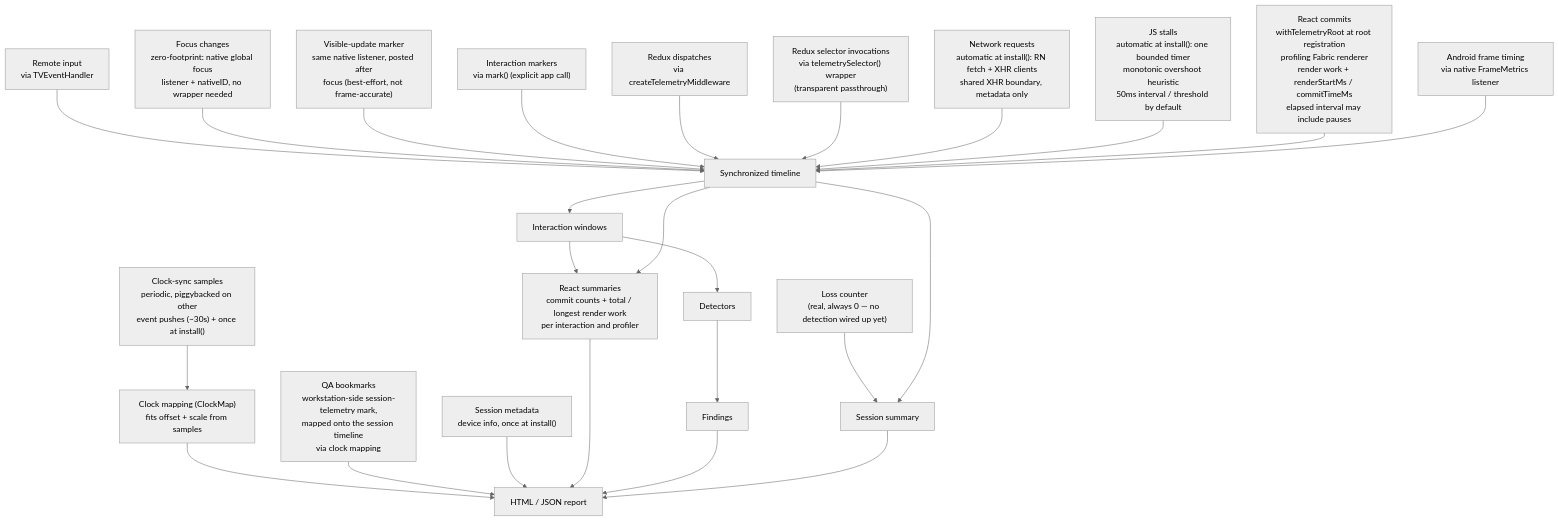
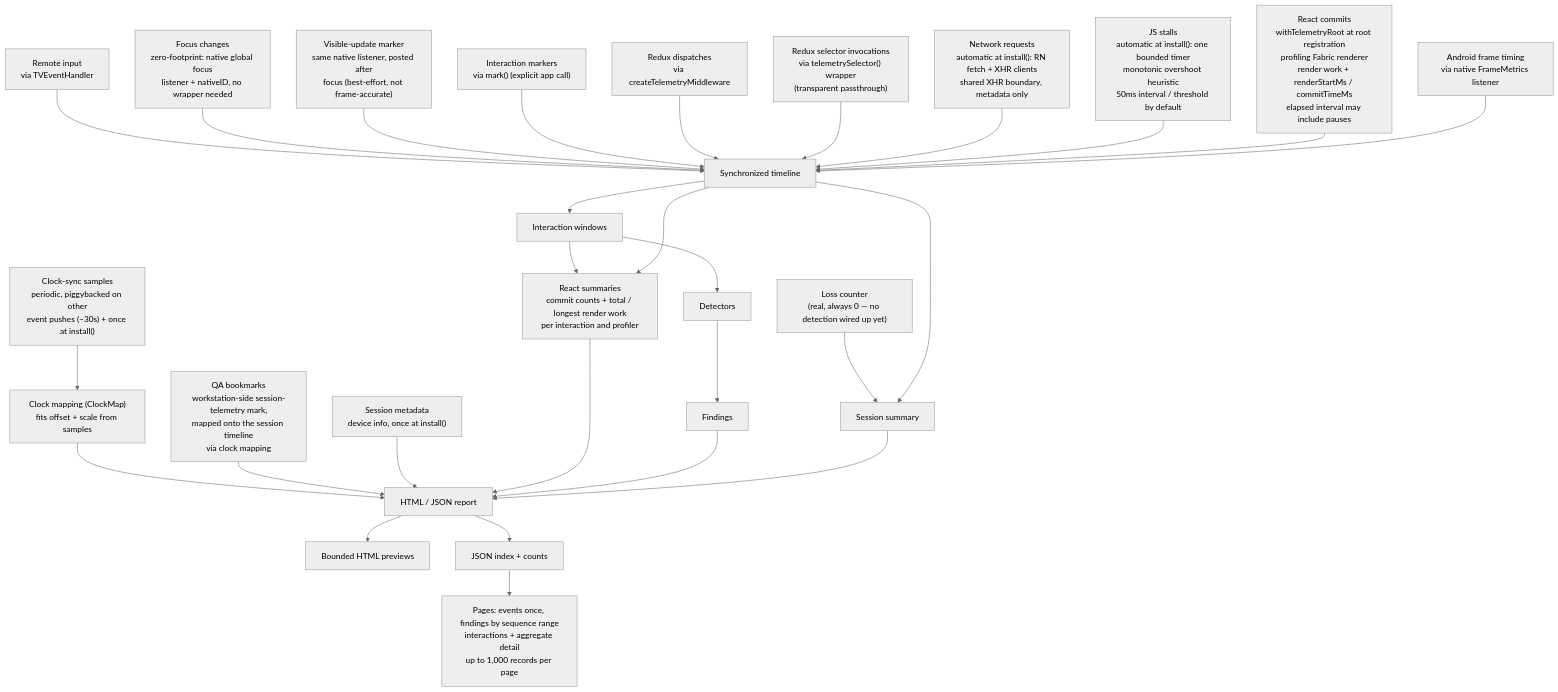
The diagram in diagrams/signals.mmd (undrafted/rn-android-tv-session-telemetry), drawn with Mermaid before and after one commit. The commit also changed 10 other files, not shown here.

Commit message:
Page report exports and deduplicate evidence - Synthetic 30-minute stress test: 2.87 MB total export, versus 2.78 GB estimated duplicated evidence previously

```diff
--- a/diagrams/signals.mmd
+++ b/diagrams/signals.mmd
@@ -1,30 +1,33 @@
 %%{init: {"theme": "neutral"}}%%
 %% Full per-signal detail (capture mechanism, which detector consumes it, exact thresholds):
 %% see ../docs/measurement-semantics.md
 flowchart TD
     RemoteInput["Remote input<br/>via TVEventHandler"] --> Timeline["Synchronized timeline"]
     Focus["Focus changes<br/>zero-footprint: native global focus<br/>listener + nativeID, no wrapper needed"] --> Timeline
     VisibleUpdate["Visible-update marker<br/>same native listener, posted after<br/>focus (best-effort, not frame-accurate)"] --> Timeline
     InteractionMarker["Interaction markers<br/>via mark() (explicit app call)"] --> Timeline
     Redux["Redux dispatches<br/>via createTelemetryMiddleware"] --> Timeline
     Selector["Redux selector invocations<br/>via telemetrySelector() wrapper<br/>(transparent passthrough)"] --> Timeline
     Network["Network requests<br/>automatic at install(): RN fetch + XHR clients<br/>shared XHR boundary, metadata only"] --> Timeline
     JSStall["JS stalls<br/>automatic at install(): one bounded timer<br/>monotonic overshoot heuristic<br/>50ms interval / threshold by default"] --> Timeline
     ReactCommit["React commits<br/>withTelemetryRoot at root registration<br/>profiling Fabric renderer<br/>render work + renderStartMs / commitTimeMs<br/>elapsed interval may include pauses"] --> Timeline
     FrameTiming["Android frame timing<br/>via native FrameMetrics listener"] --> Timeline
 
     ClockSync["Clock-sync samples<br/>periodic, piggybacked on other<br/>event pushes (~30s) + once at install()"] --> ClockMapping["Clock mapping (ClockMap)<br/>fits offset + scale from samples"]
     ClockMapping --> ReportOut
     Bookmarks["QA bookmarks<br/>workstation-side session-telemetry mark,<br/>mapped onto the session timeline<br/>via clock mapping"] --> ReportOut
     SessionMeta["Session metadata<br/>device info, once at install()"] --> ReportOut
     LossCount["Loss counter<br/>(real, always 0 — no detection wired up yet)"] --> Summary
 
     Timeline --> Windows["Interaction windows"]
     Timeline --> Summary["Session summary"]
     Windows --> ReactSummary["React summaries<br/>commit counts + total / longest render work<br/>per interaction and profiler"]
     Timeline --> ReactSummary
     ReactSummary --> ReportOut
     Windows --> Detectors["Detectors"]
     Detectors --> Findings["Findings"]
     Findings --> ReportOut["HTML / JSON report"]
     Summary --> ReportOut
+    ReportOut --> Preview["Bounded HTML previews"]
+    ReportOut --> Index["JSON index + counts"]
+    Index --> Pages["Pages: events once, findings by sequence range<br/>interactions + aggregate detail<br/>up to 1,000 records per page"]
```
